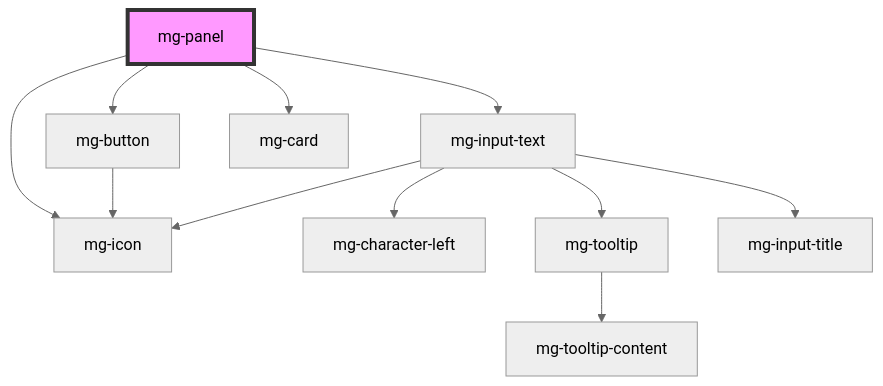
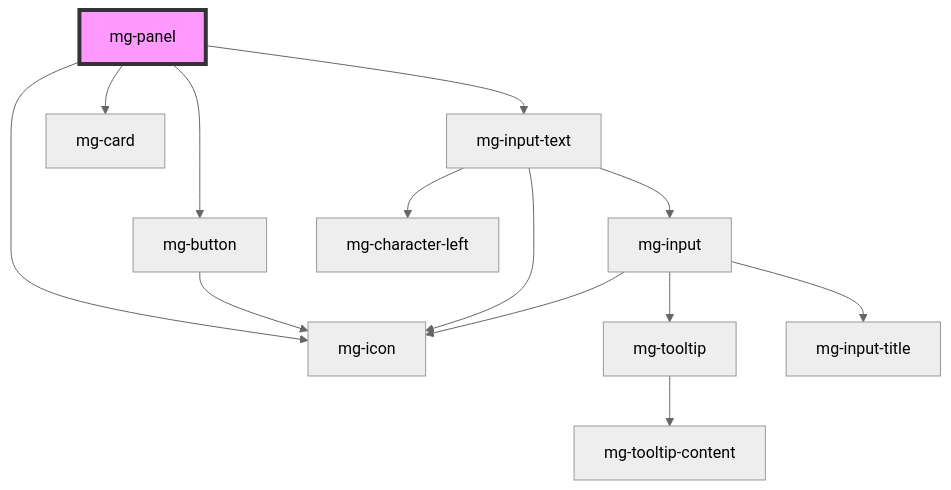
One commit to MGDIS/core-ui changed the diagram in packages/mg-components/src/components/molecules/mg-panel/readme.md. Above: the diagram before and after it, drawn with Mermaid (neutral theme). The commit also changed 39 other files, not shown here.

````diff
--- a/packages/mg-components/src/components/molecules/mg-panel/readme.md
+++ b/packages/mg-components/src/components/molecules/mg-panel/readme.md
@@ -80,14 +80,16 @@
 ```mermaid
 graph TD;
   mg-panel --> mg-button
   mg-panel --> mg-icon
   mg-panel --> mg-input-text
   mg-panel --> mg-card
   mg-button --> mg-icon
+  mg-input-text --> mg-input
   mg-input-text --> mg-icon
   mg-input-text --> mg-character-left
-  mg-input-text --> mg-tooltip
-  mg-input-text --> mg-input-title
+  mg-input --> mg-tooltip
+  mg-input --> mg-icon
+  mg-input --> mg-input-title
   mg-tooltip --> mg-tooltip-content
   style mg-panel fill:#f9f,stroke:#333,stroke-width:4px
 ```
````
